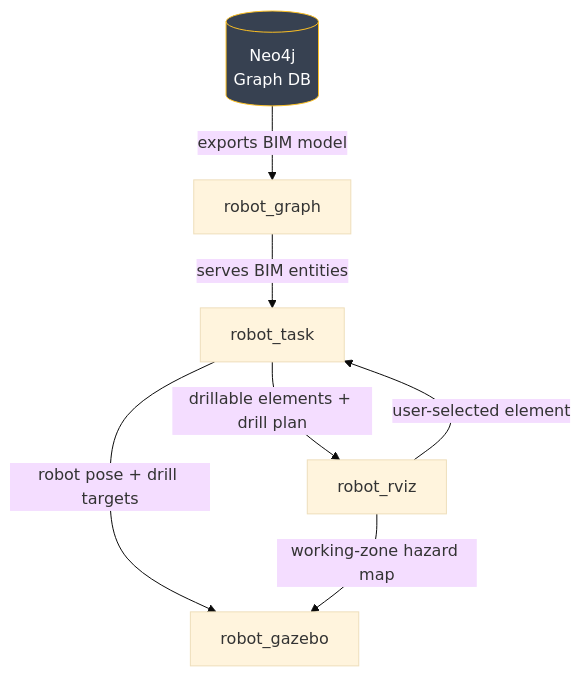
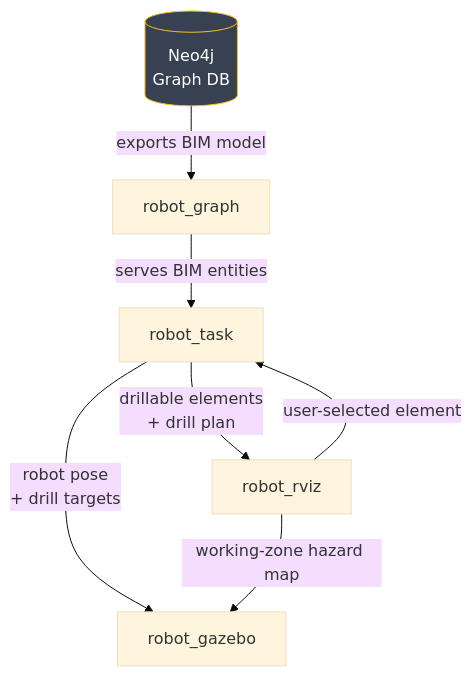
The diagram in README.md (GunwoongBang/graph2robot), drawn with Mermaid (base theme) before and after one commit.

Commit message:
README updated

````diff
--- a/README.md
+++ b/README.md
@@ -7,19 +7,19 @@
 ```mermaid
 flowchart TB
     Neo4j[("Neo4j<br/>Graph DB")]
 
     robot_graph["robot_graph"]
     robot_task["robot_task"]
     robot_rviz["robot_rviz"]
     robot_gazebo["robot_gazebo"]
 
     Neo4j -->|"exports BIM model"| robot_graph
     robot_graph -->|"serves BIM entities"| robot_task
-    robot_task -->|"drillable elements + drill plan"| robot_rviz
-    robot_task -->|"robot pose + drill targets"| robot_gazebo
+    robot_task -->|"drillable elements <br>+ drill plan"| robot_rviz
+    robot_task -->|"robot pose <br>+ drill targets"| robot_gazebo
     robot_rviz -->|"user-selected element"| robot_task
     robot_rviz -->|"working-zone hazard map"| robot_gazebo
 
     classDef extern fill:#374151,stroke:#fbbf24,color:#fff;
     class Neo4j extern;
 ```
````
